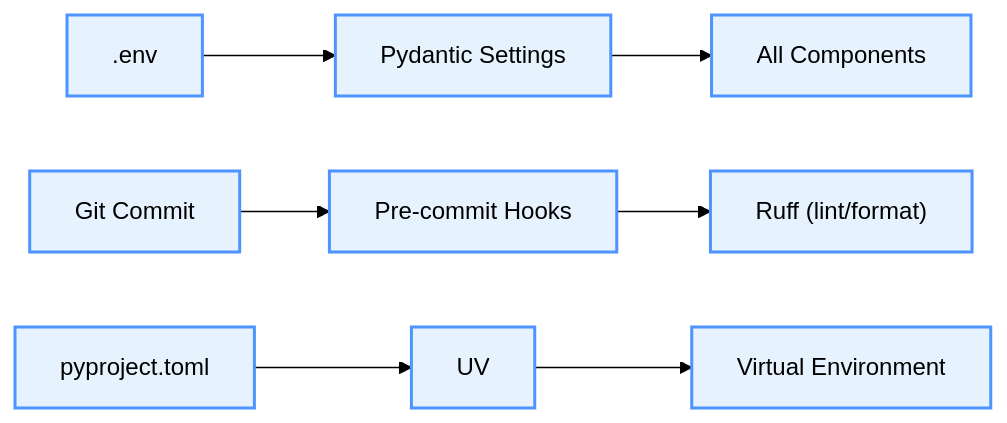
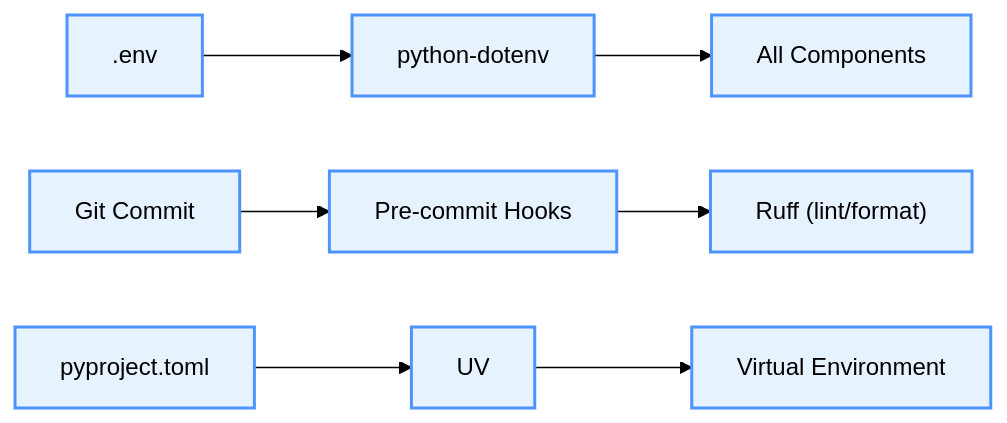
Before and after one commit to good-data-institute/rewiring-aotearoa-electrification-progress-tracker: the second of 3 diagrams in docs/ARCHITECTURE.md, drawn with Mermaid (forest theme). The commit also changed other lines of this file and 12 other files, not shown here.

````diff
--- a/docs/ARCHITECTURE.md
+++ b/docs/ARCHITECTURE.md
@@ -106,14 +91,14 @@
 ```mermaid
 flowchart LR
-    ENV[".env"] --> Pydantic["Pydantic Settings"]
-    Pydantic --> Components["All Components"]
+    ENV[".env"] --> DotEnv["python-dotenv"]
+    DotEnv --> Components["All Components"]
 
     Git["Git Commit"] --> PreCommit["Pre-commit Hooks"]
     PreCommit --> Ruff["Ruff (lint/format)"]
 
     PyProject["pyproject.toml"] --> UV["UV"]
     UV --> VEnv["Virtual Environment"]
 
     classDef configStyle fill:#e6f3ff,stroke:#4d94ff,stroke-width:2px
-    class ENV,Pydantic,Components,Git,PreCommit,Ruff,PyProject,UV,VEnv configStyle
+    class ENV,DotEnv,Components,Git,PreCommit,Ruff,PyProject,UV,VEnv configStyle
 ```
````
